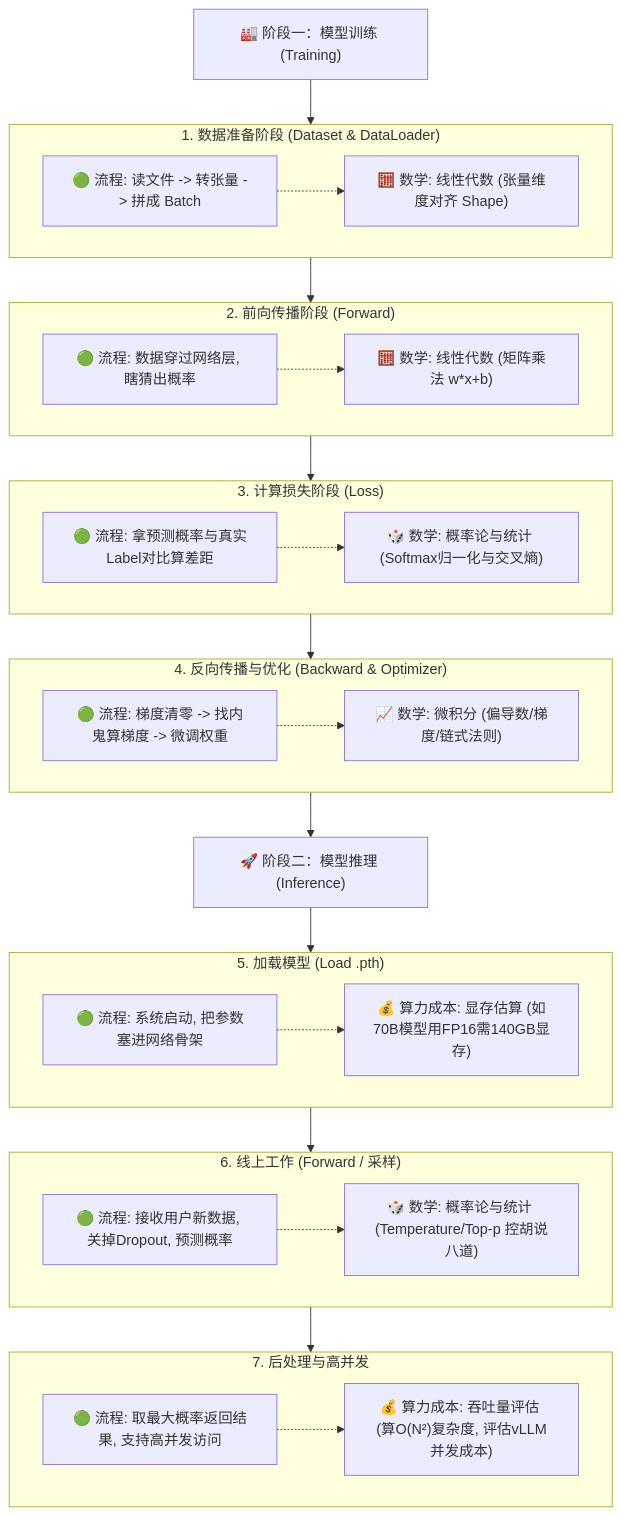
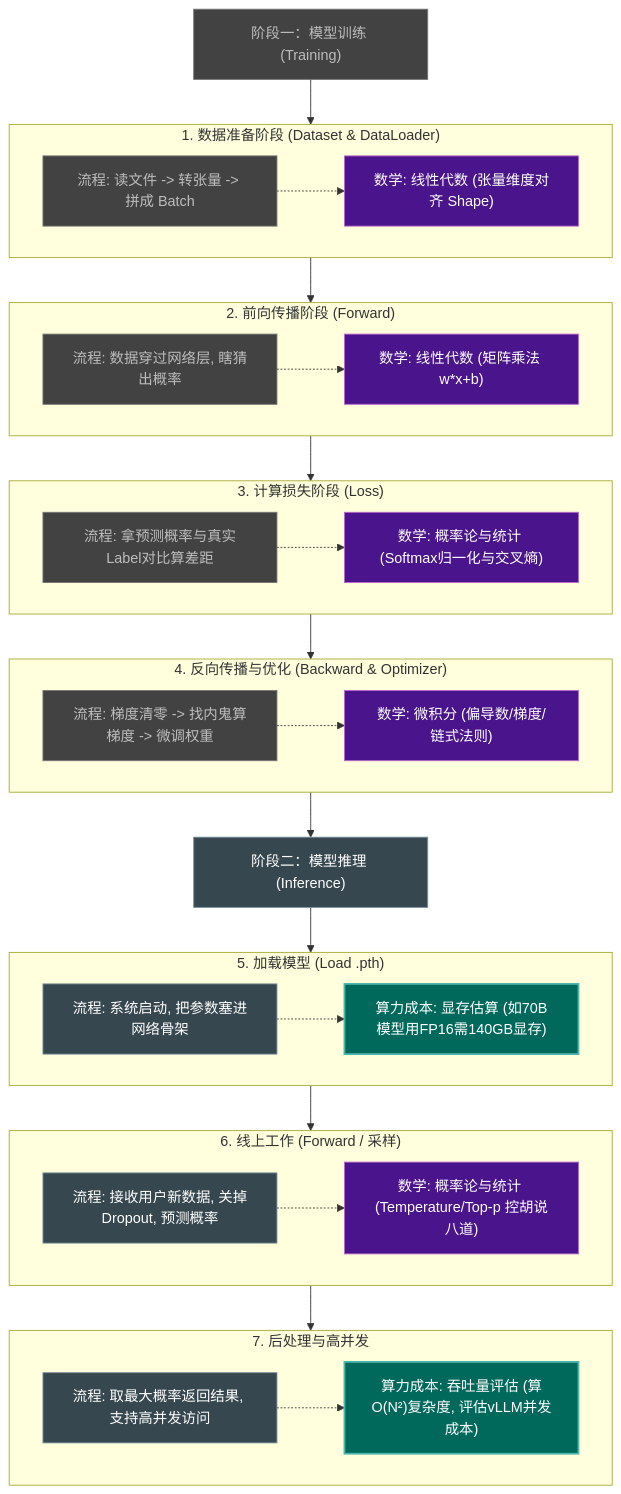
The second of 3 diagrams in README.md (osotoo/AI-Stack), drawn with Mermaid before and after one commit. The commit also changed other lines of this file, not shown here.

Commit message:
docs(readme): 流程图去 emoji，配色统一为全景图 classDef 体系

````diff
--- a/README.md
+++ b/README.md
@@ -152,64 +156,69 @@
 ```mermaid
 flowchart TD
+    classDef algoNode fill:#424242,stroke:#757575,stroke-width:1px,color:#bdbdbd;
+    classDef conceptNode fill:#4a148c,stroke:#ba68c8,stroke-width:1px,color:#fff;
+    classDef techNode fill:#37474f,stroke:#78909c,stroke-width:1px,color:#fff;
+    classDef guardNode fill:#00695c,stroke:#4db6ac,stroke-width:2px,color:#fff;
+
     %% ================= 训练阶段 =================
-    Stage1["🏭 阶段一：模型训练 (Training)"]
+    Stage1["阶段一：模型训练 (Training)"]:::algoNode
 
     subgraph TrainRow1 ["1. 数据准备阶段 (Dataset & DataLoader)"]
         direction LR
-        F1["🟢 流程: 读文件 -> 转张量 -> 拼成 Batch"]
-        M1["🧮 数学: 线性代数 (张量维度对齐 Shape)"]
+        F1["流程: 读文件 -> 转张量 -> 拼成 Batch"]:::algoNode
+        M1["数学: 线性代数 (张量维度对齐 Shape)"]:::conceptNode
         F1 -.-> M1
     end
 
     subgraph TrainRow2 ["2. 前向传播阶段 (Forward)"]
         direction LR
-        F2["🟢 流程: 数据穿过网络层, 瞎猜出概率"]
-        M2["🧮 数学: 线性代数 (矩阵乘法 w*x+b)"]
+        F2["流程: 数据穿过网络层, 瞎猜出概率"]:::algoNode
+        M2["数学: 线性代数 (矩阵乘法 w*x+b)"]:::conceptNode
         F2 -.-> M2
     end
 
     subgraph TrainRow3 ["3. 计算损失阶段 (Loss)"]
         direction LR
-        F3["🟢 流程: 拿预测概率与真实Label对比算差距"]
-        M3["🎲 数学: 概率论与统计 (Softmax归一化与交叉熵)"]
+        F3["流程: 拿预测概率与真实Label对比算差距"]:::algoNode
+        M3["数学: 概率论与统计 (Softmax归一化与交叉熵)"]:::conceptNode
         F3 -.-> M3
     end
 
     subgraph TrainRow4 ["4. 反向传播与优化 (Backward & Optimizer)"]
         direction LR
-        F4["🟢 流程: 梯度清零 -> 找内鬼算梯度 -> 微调权重"]
-        M4["📈 数学: 微积分 (偏导数/梯度/链式法则)"]
+        F4["流程: 梯度清零 -> 找内鬼算梯度 -> 微调权重"]:::algoNode
+        M4["数学: 微积分 (偏导数/梯度/链式法则)"]:::conceptNode
         F4 -.-> M4
     end
 
     %% ================= 推理阶段 =================
-    Stage2["🚀 阶段二：模型推理 (Inference)"]
+    Stage2["阶段二：模型推理 (Inference)"]:::techNode
 
     subgraph InferRow1 ["5. 加载模型 (Load .pth)"]
         direction LR
-        I1["🟢 流程: 系统启动, 把参数塞进网络骨架"]
-        N1["💰 算力成本: 显存估算 (如70B模型用FP16需140GB显存)"]
+        I1["流程: 系统启动, 把参数塞进网络骨架"]:::techNode
+        N1["算力成本: 显存估算 (如70B模型用FP16需140GB显存)"]:::guardNode
         I1 -.-> N1
     end
 
     subgraph InferRow2 ["6. 线上工作 (Forward / 采样)"]
         direction LR
-        I2["🟢 流程: 接收用户新数据, 关掉Dropout, 预测概率"]
-        N2["🎲 数学: 概率论与统计 (Temperature/Top-p 控胡说八道)"]
+        I2["流程: 接收用户新数据, 关掉Dropout, 预测概率"]:::techNode
+        N2["数学: 概率论与统计 (Temperature/Top-p 控胡说八道)"]:::conceptNode
         I2 -.-> N2
     end
 
     subgraph InferRow3 ["7. 后处理与高并发"]
         direction LR
-        I3["🟢 流程: 取最大概率返回结果, 支持高并发访问"]
-        N3["💰 算力成本: 吞吐量评估 (算O(N²)复杂度, 评估vLLM并发成本)"]
+        I3["流程: 取最大概率返回结果, 支持高并发访问"]:::techNode
+        N3["算力成本: 吞吐量评估 (算O(N²)复杂度, 评估vLLM并发成本)"]:::guardNode
         I3 -.-> N3
     end
 
     %% 阶段连线
     Stage1 --> TrainRow1
     TrainRow1 --> TrainRow2 --> TrainRow3 --> TrainRow4
     TrainRow4 --> Stage2
     Stage2 --> InferRow1
     InferRow1 --> InferRow2 --> InferRow3
 ```
````
